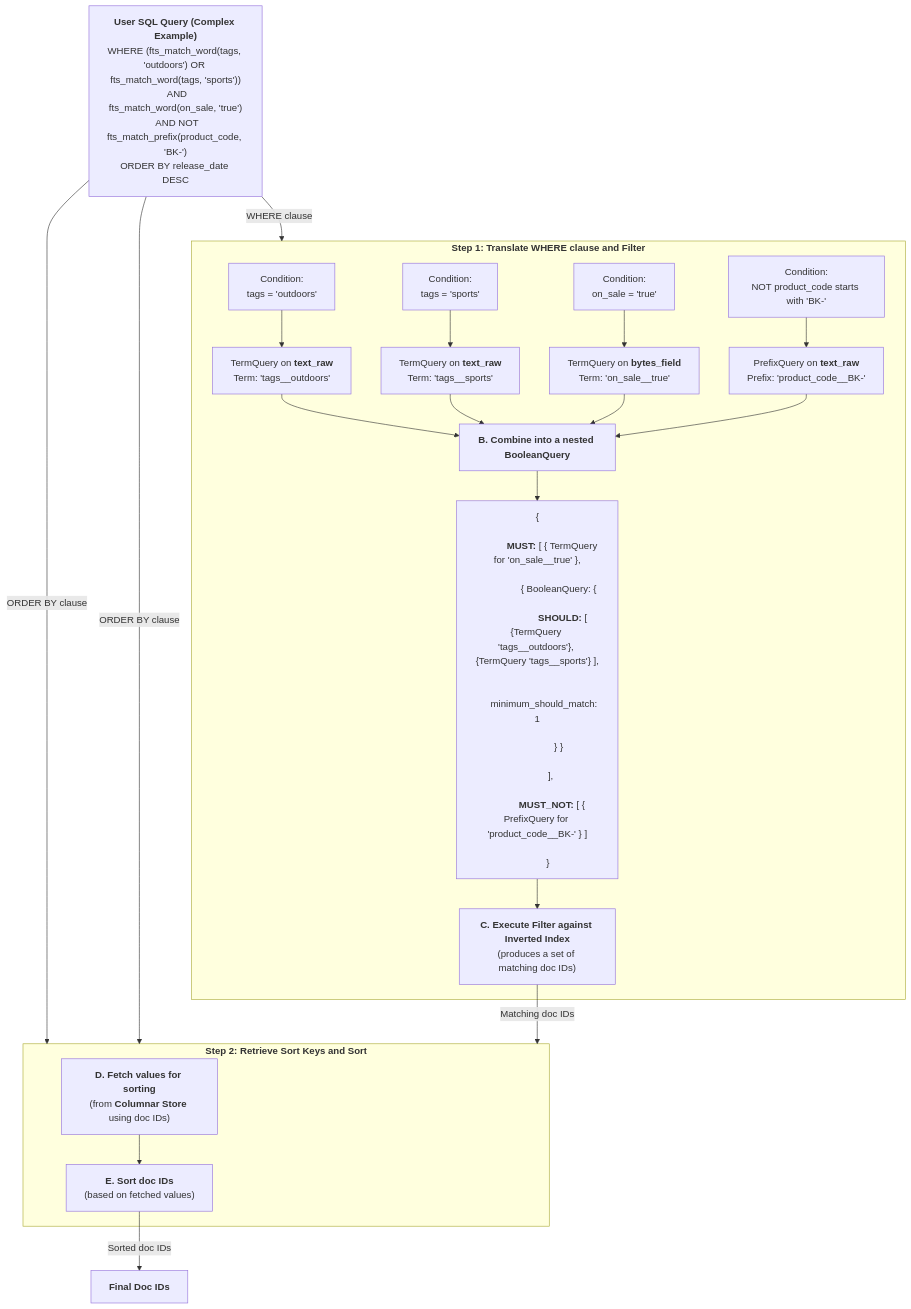
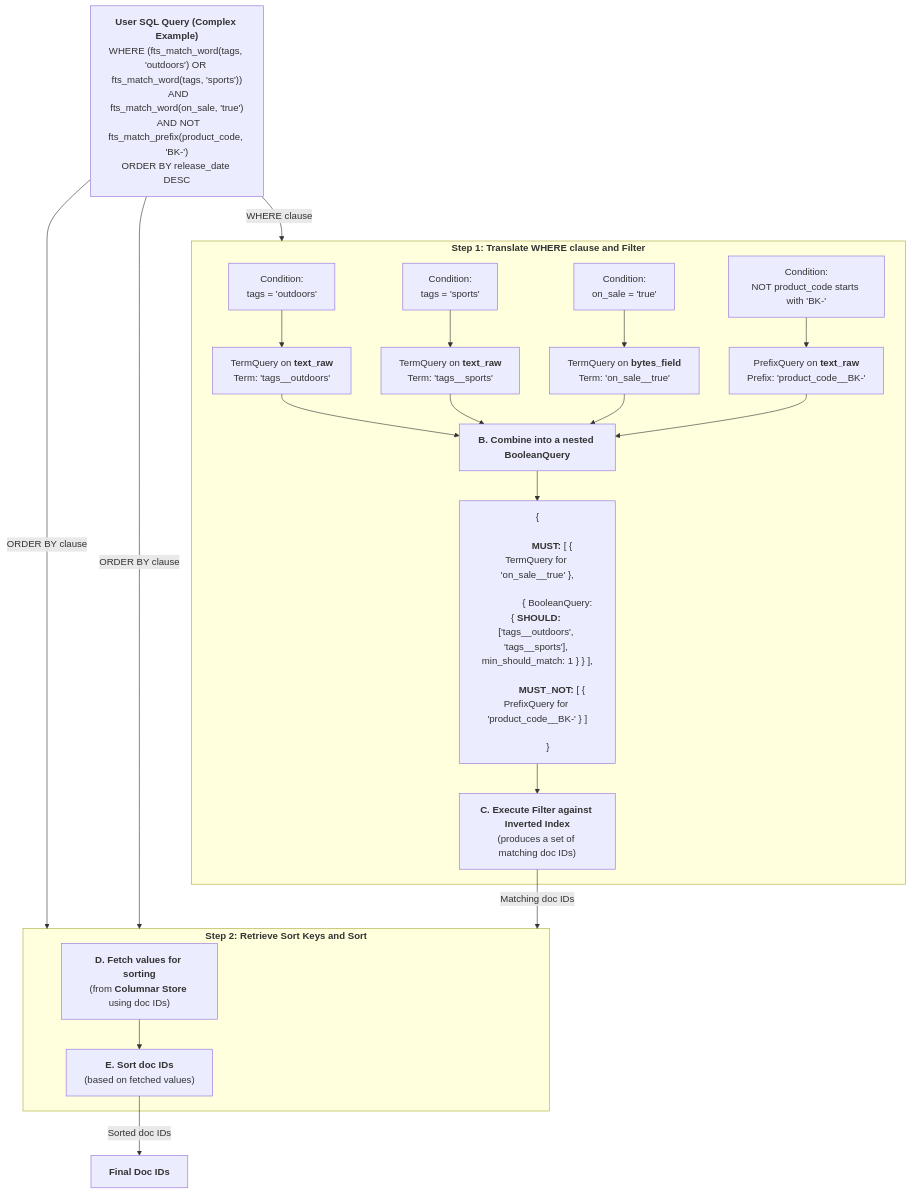
One commit to kolafish/tantivy changed the second of 3 diagrams in TiCI_JSON_Support_Proposal.md. Above: the diagram before and after it, drawn with Mermaid.

````diff
--- a/TiCI_JSON_Support_Proposal.md
+++ b/TiCI_JSON_Support_Proposal.md
@@ -193,42 +193,38 @@
 ```mermaid
 graph TD
     A["<b>User SQL Query (Complex Example)</b><br/>WHERE (fts_match_word(tags, 'outdoors') OR fts_match_word(tags, 'sports'))<br/>  AND fts_match_word(on_sale, 'true')<br/>  AND NOT fts_match_prefix(product_code, 'BK-')<br/>ORDER BY release_date DESC"]
 
     A -- "WHERE clause" --> Step1_Subgraph
     A -- "ORDER BY clause" --> Step2_Subgraph
 
     subgraph Step1_Subgraph ["<b>Step 1: Translate WHERE clause and Filter</b>"]
         C["Condition:<br/>tags = 'outdoors'"] --> C_Out["TermQuery on <b>text_raw</b><br/>Term: 'tags__outdoors'"]
         D["Condition:<br/>tags = 'sports'"] --> D_Out["TermQuery on <b>text_raw</b><br/>Term: 'tags__sports'"]
         E["Condition:<br/>on_sale = 'true'"] --> E_Out["TermQuery on <b>bytes_field</b><br/>Term: 'on_sale__true'"]
         F["Condition:<br/>NOT product_code starts with 'BK-'"] --> F_Out["PrefixQuery on <b>text_raw</b><br/>Prefix: 'product_code__BK-'"]
 
         C_Out --> G["<b>B. Combine into a nested BooleanQuery</b>"]
         D_Out --> G
         E_Out --> G
         F_Out --> G
 
         G --> H["{<br/>
           &nbsp;&nbsp;<b>MUST:</b> [ { TermQuery for 'on_sale__true' },<br/>
-            &nbsp;&nbsp;&nbsp;&nbsp;{ BooleanQuery: {<br/>
-              &nbsp;&nbsp;&nbsp;&nbsp;&nbsp;&nbsp;<b>SHOULD:</b> [ {TermQuery 'tags__outdoors'}, {TermQuery 'tags__sports'} ],<br/>
-              &nbsp;&nbsp;&nbsp;&nbsp;&nbsp;&nbsp;minimum_should_match: 1<br/>
-            &nbsp;&nbsp;&nbsp;&nbsp;} }<br/>
-          ],<br/>
+            &nbsp;&nbsp;&nbsp;&nbsp;{ BooleanQuery: { <b>SHOULD:</b> ['tags__outdoors', 'tags__sports'], min_should_match: 1 } } ],<br/>
           &nbsp;&nbsp;<b>MUST_NOT:</b> [ { PrefixQuery for 'product_code__BK-' } ]<br/>
         }"]
         
         H --> I["<b>C. Execute Filter against Inverted Index</b><br/>(produces a set of matching doc IDs)"]
     end
 
     A -- "ORDER BY clause" --> Step2_Subgraph
     I -- "Matching doc IDs" --> Step2_Subgraph
 
     subgraph Step2_Subgraph ["<b>Step 2: Retrieve Sort Keys and Sort</b>"]
         K["<b>D. Fetch values for sorting</b><br/>(from <b>Columnar Store</b> using doc IDs)"]
         L["<b>E. Sort doc IDs</b><br/>(based on fetched values)"]
         K --> L
     end
 
     L -- "Sorted doc IDs" --> J["<b>Final Doc IDs</b>"]
 ```
````
